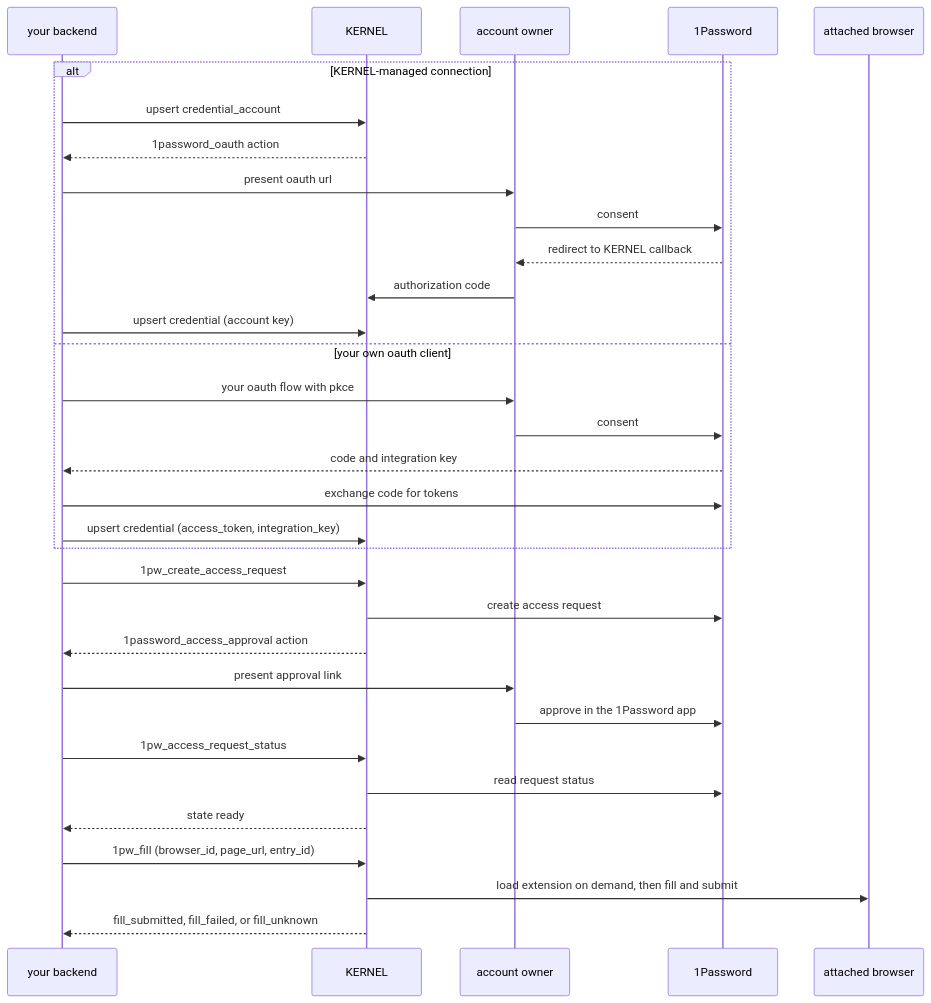
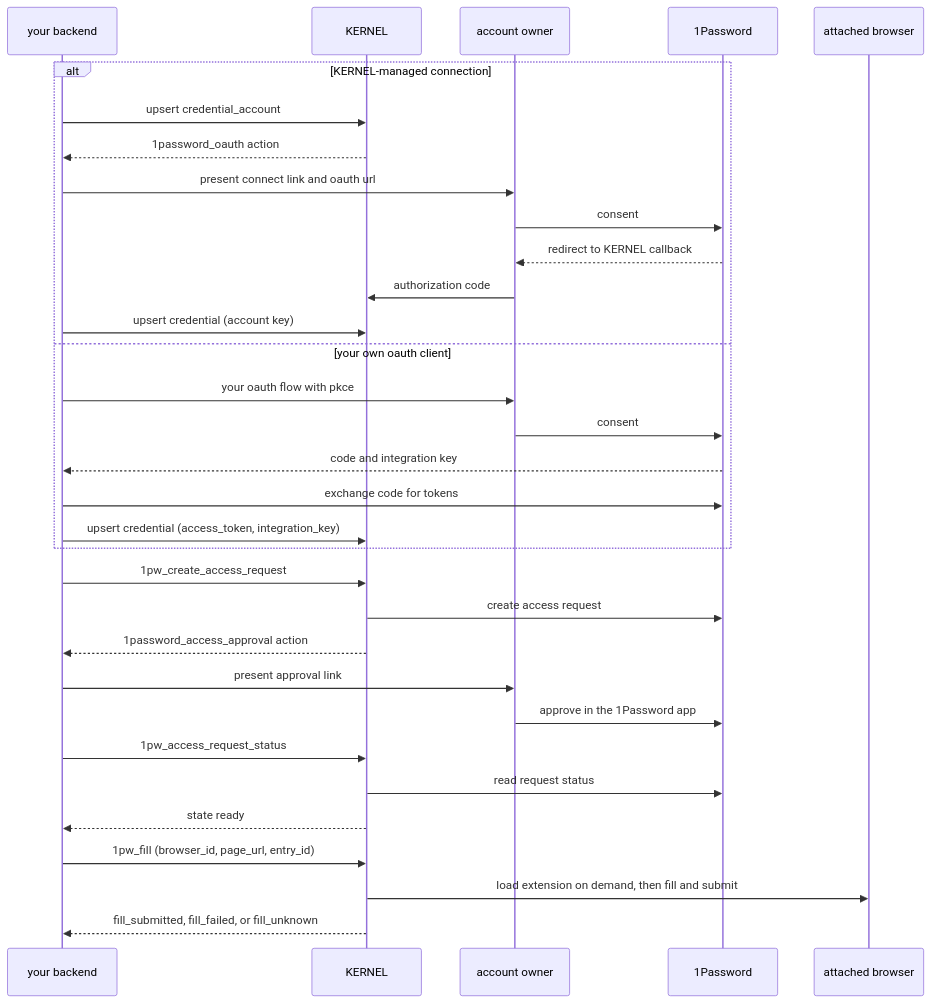
One commit to kernel/docs changed the diagram in vaults/1password.mdx. Above: the diagram before and after it, drawn with Mermaid. The commit also changed other lines of this file, not shown here.

First line of the commit message:
Document 1Password connect links (#770)

````diff
--- a/vaults/1password.mdx
+++ b/vaults/1password.mdx
@@ -121,34 +121,34 @@
 ```mermaid
 sequenceDiagram
   participant App as your backend
   participant K as KERNEL
   participant U as account owner
   participant OP as 1Password
   participant B as attached browser
   alt KERNEL-managed connection
     App->>K: upsert credential_account
     K-->>App: 1password_oauth action
-    App->>U: present oauth url
+    App->>U: present connect link and oauth url
     U->>OP: consent
     OP-->>U: redirect to KERNEL callback
     U->>K: authorization code
     App->>K: upsert credential (account key)
   else your own oauth client
     App->>U: your oauth flow with pkce
     U->>OP: consent
     OP-->>App: code and integration key
     App->>OP: exchange code for tokens
     App->>K: upsert credential (access_token, integration_key)
   end
   App->>K: 1pw_create_access_request
   K->>OP: create access request
   K-->>App: 1password_access_approval action
   App->>U: present approval link
   U->>OP: approve in the 1Password app
   App->>K: 1pw_access_request_status
   K->>OP: read request status
   K-->>App: state ready
   App->>K: 1pw_fill (browser_id, page_url, entry_id)
   K->>B: load extension on demand, then fill and submit
   K-->>App: fill_submitted, fill_failed, or fill_unknown
 ```
````
